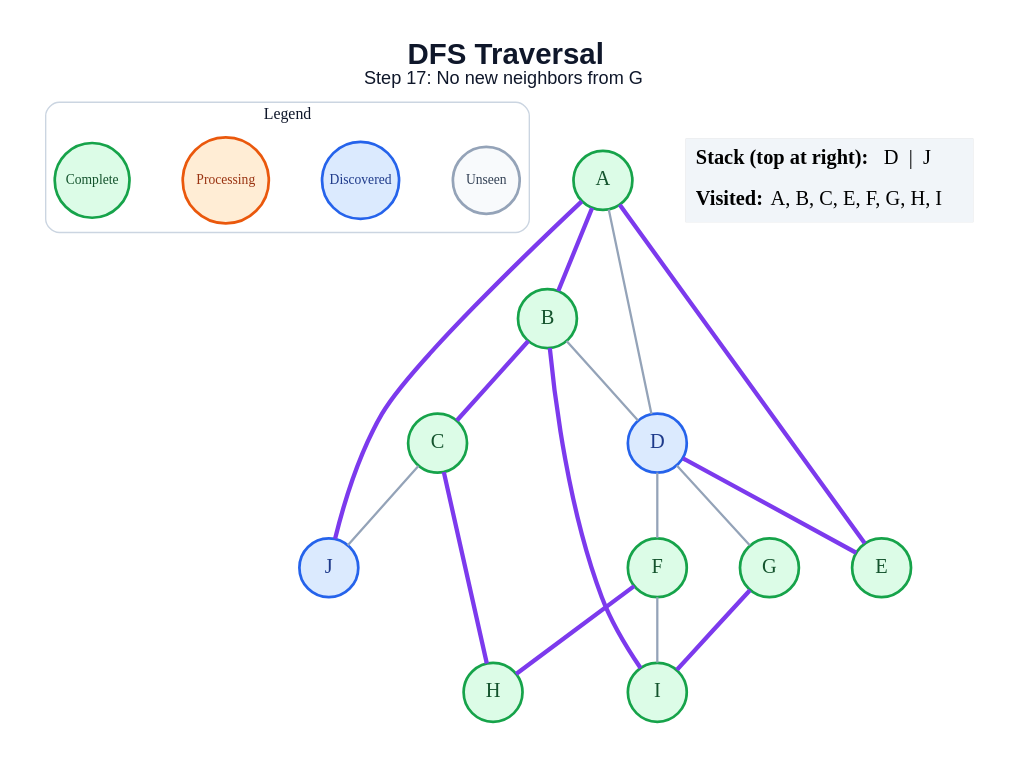
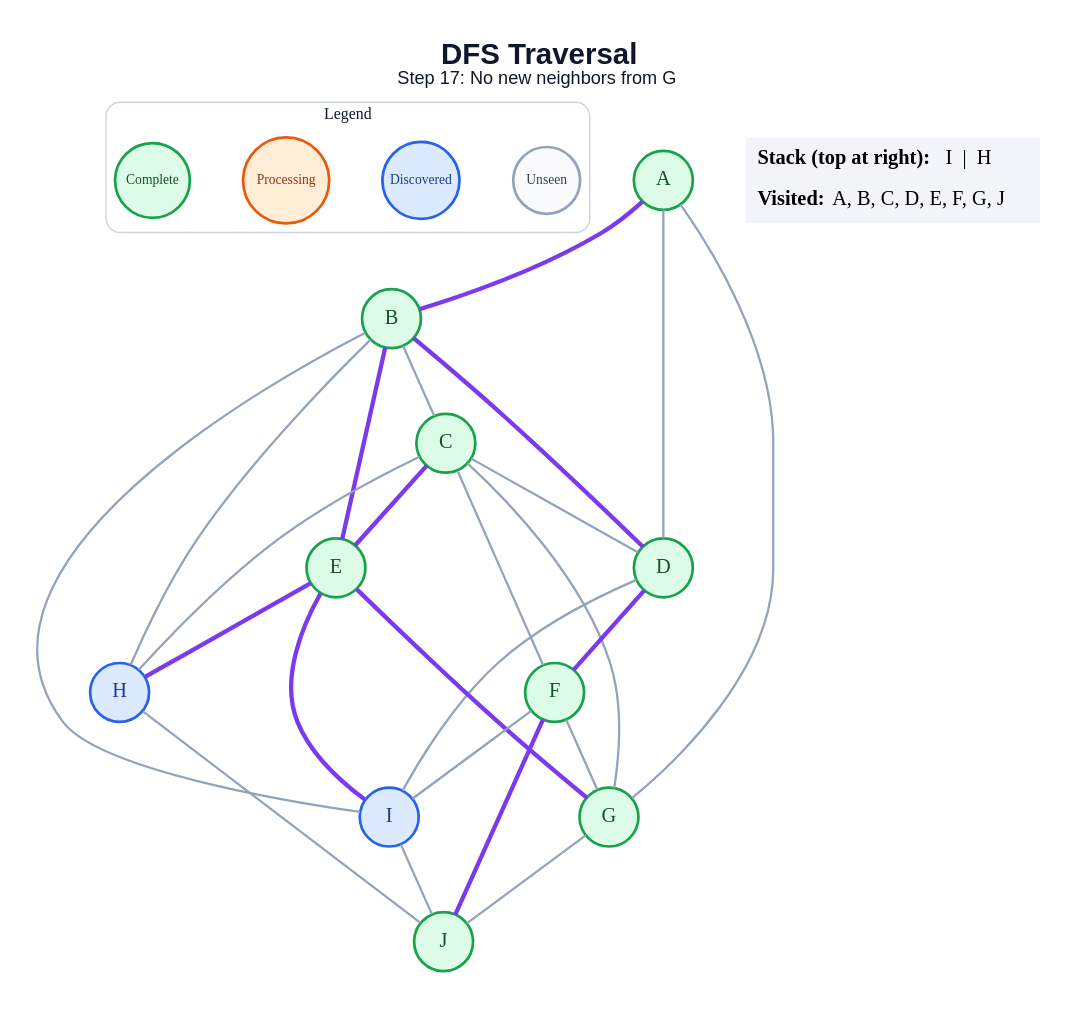
The diagram in generated/specific-node/dfs/step_17.dot (amanghodawala9/ai-slop), drawn with Graphviz before and after one commit. The commit also changed 178 other files, not shown here.

```diff
--- a/generated/specific-node/dfs/step_17.dot
+++ b/generated/specific-node/dfs/step_17.dot
@@ -1,44 +1,53 @@
 graph traversal {
   graph [layout=dot, rankdir=TB, bgcolor="#FFFFFF", pad="0.35", nodesep="0.65", ranksep="0.8", fontname="Arial"];
   node [shape=circle, style="filled", fontname="Arial Bold", fontsize=18, width=0.72, fixedsize=true, penwidth=2.4];
   edge [color="#94A3B8", penwidth=2.0];
   label=<<B>DFS Traversal</B><BR/><FONT POINT-SIZE="16">Step 17: No new neighbors from G</FONT>>; labelloc="t"; fontsize=26; fontname="Arial"; fontcolor="#0F172A";
   subgraph cluster_legend { label="Legend"; color="#CBD5E1"; penwidth=1.2; style="rounded"; fontsize=14; fontname="Arial Bold";
     key_unseen [label="Unseen", fillcolor="#F8FAFC", color="#94A3B8", fontcolor="#334155", fontsize=12, width=0.82];
     key_frontier [label="Discovered", fillcolor="#DBEAFE", color="#2563EB", fontcolor="#1E3A8A", fontsize=12, width=0.95];
     key_current [label="Processing", fillcolor="#FFEDD5", color="#EA580C", fontcolor="#9A3412", fontsize=12, width=1.05];
     key_done [label="Complete", fillcolor="#DCFCE7", color="#16A34A", fontcolor="#14532D", fontsize=12, width=0.92];
     { rank=same; key_unseen; key_frontier; key_current; key_done; }
   }
   A [fillcolor="#DCFCE7", color="#16A34A", fontcolor="#14532D"];
   B [fillcolor="#DCFCE7", color="#16A34A", fontcolor="#14532D"];
   C [fillcolor="#DCFCE7", color="#16A34A", fontcolor="#14532D"];
-  D [fillcolor="#DBEAFE", color="#2563EB", fontcolor="#1E3A8A"];
+  D [fillcolor="#DCFCE7", color="#16A34A", fontcolor="#14532D"];
   E [fillcolor="#DCFCE7", color="#16A34A", fontcolor="#14532D"];
   F [fillcolor="#DCFCE7", color="#16A34A", fontcolor="#14532D"];
   G [fillcolor="#DCFCE7", color="#16A34A", fontcolor="#14532D"];
-  H [fillcolor="#DCFCE7", color="#16A34A", fontcolor="#14532D"];
-  I [fillcolor="#DCFCE7", color="#16A34A", fontcolor="#14532D"];
-  J [fillcolor="#DBEAFE", color="#2563EB", fontcolor="#1E3A8A"];
+  H [fillcolor="#DBEAFE", color="#2563EB", fontcolor="#1E3A8A"];
+  I [fillcolor="#DBEAFE", color="#2563EB", fontcolor="#1E3A8A"];
+  J [fillcolor="#DCFCE7", color="#16A34A", fontcolor="#14532D"];
   A -- B [color="#7C3AED", penwidth=3.8];
   A -- D;
-  A -- E [color="#7C3AED", penwidth=3.8];
-  A -- J [color="#7C3AED", penwidth=3.8];
-  B -- C [color="#7C3AED", penwidth=3.8];
-  B -- D;
-  B -- I [color="#7C3AED", penwidth=3.8];
-  C -- H [color="#7C3AED", penwidth=3.8];
-  C -- J;
-  D -- E [color="#7C3AED", penwidth=3.8];
-  D -- F;
-  D -- G;
-  F -- H [color="#7C3AED", penwidth=3.8];
+  A -- G;
+  B -- C;
+  B -- D [color="#7C3AED", penwidth=3.8];
+  B -- E [color="#7C3AED", penwidth=3.8];
+  B -- H;
+  B -- I;
+  C -- D;
+  C -- E [color="#7C3AED", penwidth=3.8];
+  C -- F;
+  C -- G;
+  C -- H;
+  D -- F [color="#7C3AED", penwidth=3.8];
+  D -- I;
+  E -- G [color="#7C3AED", penwidth=3.8];
+  E -- H [color="#7C3AED", penwidth=3.8];
+  E -- I [color="#7C3AED", penwidth=3.8];
+  F -- G;
   F -- I;
-  G -- I [color="#7C3AED", penwidth=3.8];
+  F -- J [color="#7C3AED", penwidth=3.8];
+  G -- J;
+  H -- J;
+  I -- J;
   status [shape=plain, fixedsize=false, width=0, height=0, margin=0, label=<
     <TABLE BORDER="0" CELLBORDER="0" CELLPADDING="7" BGCOLOR="#F1F5F9">
-      <TR><TD ALIGN="LEFT"><B>Stack (top at right):</B> D  |  J</TD></TR>
-      <TR><TD ALIGN="LEFT"><B>Visited:</B> A, B, C, E, F, G, H, I</TD></TR>
+      <TR><TD ALIGN="LEFT"><B>Stack (top at right):</B> I  |  H</TD></TR>
+      <TR><TD ALIGN="LEFT"><B>Visited:</B> A, B, C, D, E, F, G, J</TD></TR>
     </TABLE>
   >];
 }
```
